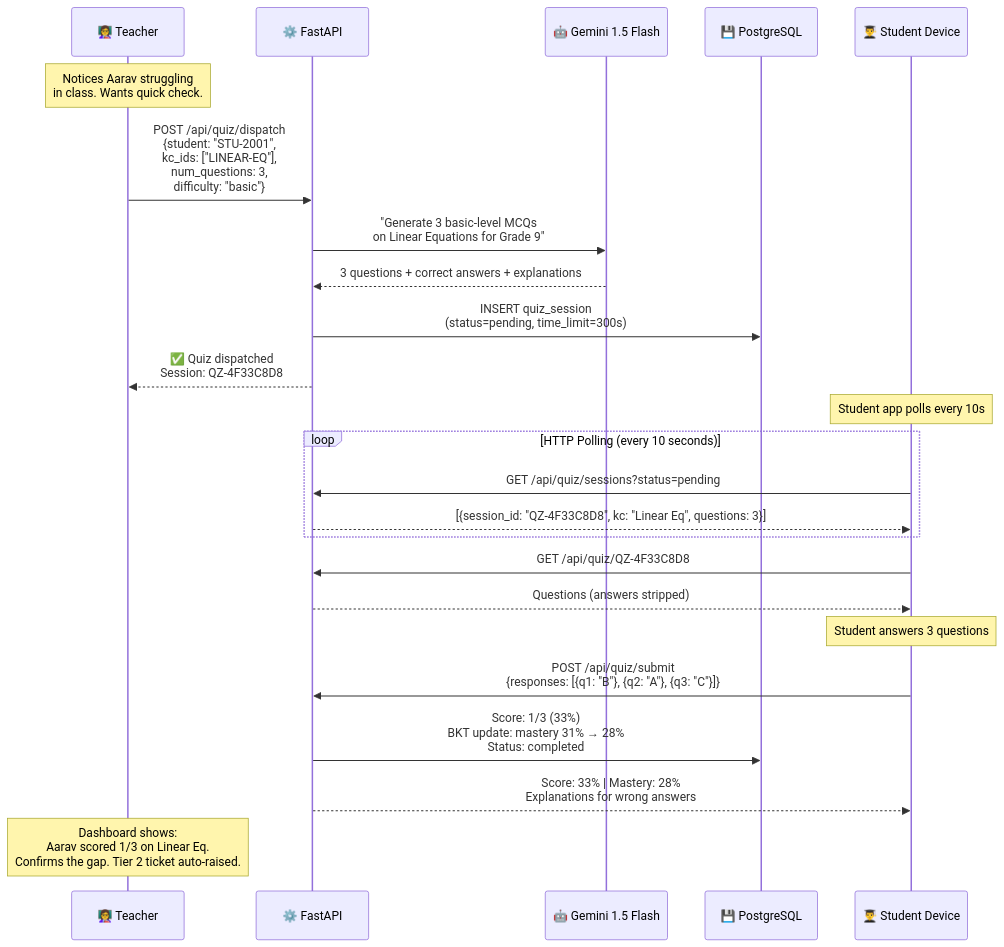
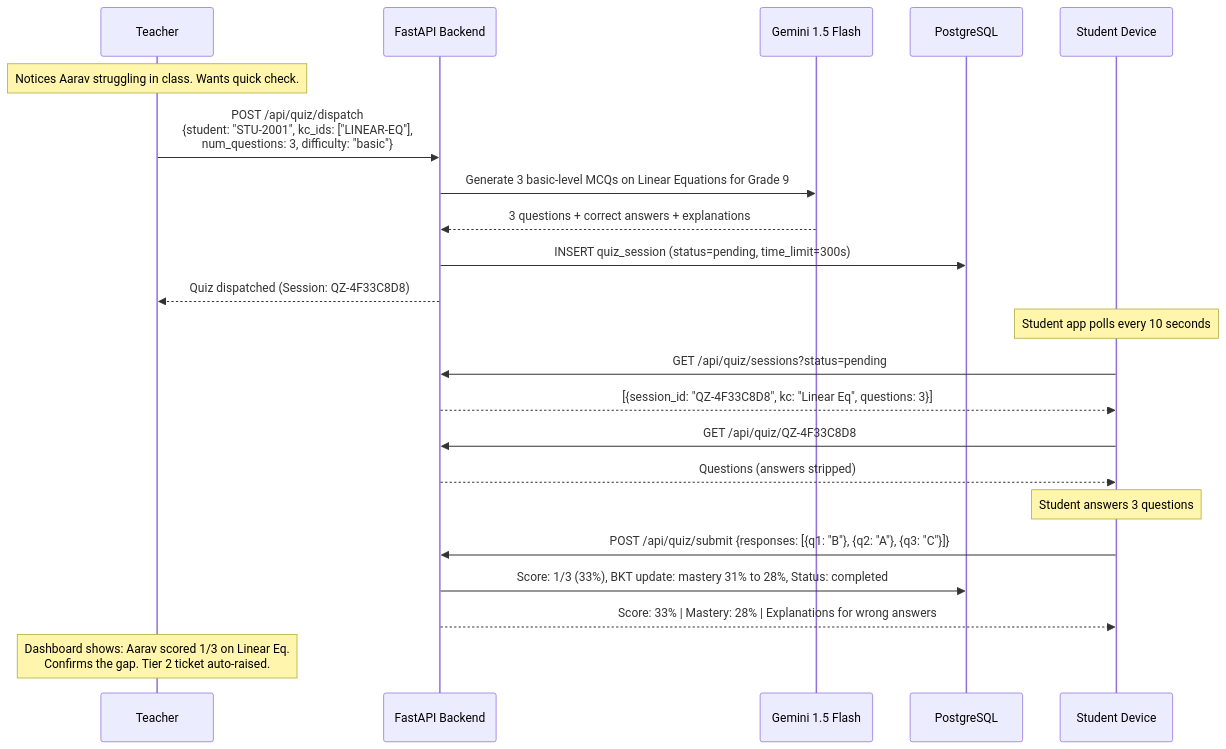
Before and after one commit to SanjayS-007/sahayak360-mvp: the fourth of 12 diagrams in README.md, drawn with Mermaid. The commit also changed other lines of this file, not shown here.

````diff
--- a/README.md
+++ b/README.md
@@ -200,35 +181,33 @@
 ```mermaid
 sequenceDiagram
-    participant T as 👩‍🏫 Teacher
-    participant API as ⚙️ FastAPI
-    participant AI as 🤖 Gemini 1.5 Flash
-    participant DB as 💾 PostgreSQL
-    participant S as 👨‍🎓 Student Device
+    participant T as Teacher
+    participant API as FastAPI Backend
+    participant AI as Gemini 1.5 Flash
+    participant DB as PostgreSQL
+    participant S as Student Device
 
-    Note over T: Notices Aarav struggling<br/>in class. Wants quick check.
+    Note over T: Notices Aarav struggling in class. Wants quick check.
 
-    T->>API: POST /api/quiz/dispatch<br/>{student: "STU-2001",<br/>kc_ids: ["LINEAR-EQ"],<br/>num_questions: 3,<br/>difficulty: "basic"}
+    T->>API: POST /api/quiz/dispatch<br/>{student: "STU-2001", kc_ids: ["LINEAR-EQ"],<br/>num_questions: 3, difficulty: "basic"}
     
-    API->>AI: "Generate 3 basic-level MCQs<br/>on Linear Equations for Grade 9"
+    API->>AI: Generate 3 basic-level MCQs on Linear Equations for Grade 9
     AI-->>API: 3 questions + correct answers + explanations
-    API->>DB: INSERT quiz_session<br/>(status=pending, time_limit=300s)
-    API-->>T: ✅ Quiz dispatched<br/>Session: QZ-4F33C8D8
+    API->>DB: INSERT quiz_session (status=pending, time_limit=300s)
+    API-->>T: Quiz dispatched (Session: QZ-4F33C8D8)
 
-    Note over S: Student app polls every 10s
+    Note over S: Student app polls every 10 seconds
 
-    loop HTTP Polling (every 10 seconds)
-        S->>API: GET /api/quiz/sessions?status=pending
-        API-->>S: [{session_id: "QZ-4F33C8D8", kc: "Linear Eq", questions: 3}]
-    end
+    S->>API: GET /api/quiz/sessions?status=pending
+    API-->>S: [{session_id: "QZ-4F33C8D8", kc: "Linear Eq", questions: 3}]
 
     S->>API: GET /api/quiz/QZ-4F33C8D8
     API-->>S: Questions (answers stripped)
     
     Note over S: Student answers 3 questions
 
-    S->>API: POST /api/quiz/submit<br/>{responses: [{q1: "B"}, {q2: "A"}, {q3: "C"}]}
-    API->>DB: Score: 1/3 (33%)<br/>BKT update: mastery 31% → 28%<br/>Status: completed
-    API-->>S: Score: 33% | Mastery: 28%<br/>Explanations for wrong answers
+    S->>API: POST /api/quiz/submit {responses: [{q1: "B"}, {q2: "A"}, {q3: "C"}]}
+    API->>DB: Score: 1/3 (33%), BKT update: mastery 31% to 28%, Status: completed
+    API-->>S: Score: 33% | Mastery: 28% | Explanations for wrong answers
 
-    Note over T: Dashboard shows:<br/>Aarav scored 1/3 on Linear Eq.<br/>Confirms the gap. Tier 2 ticket auto-raised.
+    Note over T: Dashboard shows: Aarav scored 1/3 on Linear Eq.<br/>Confirms the gap. Tier 2 ticket auto-raised.
 ```
````
